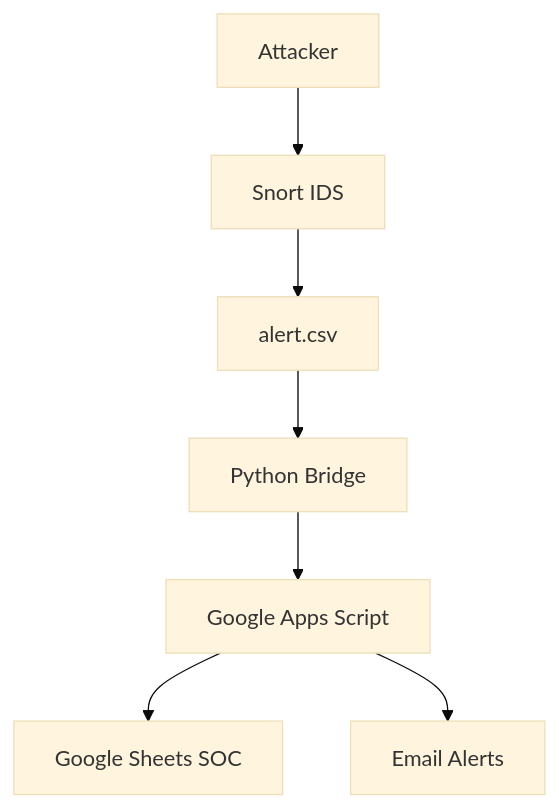
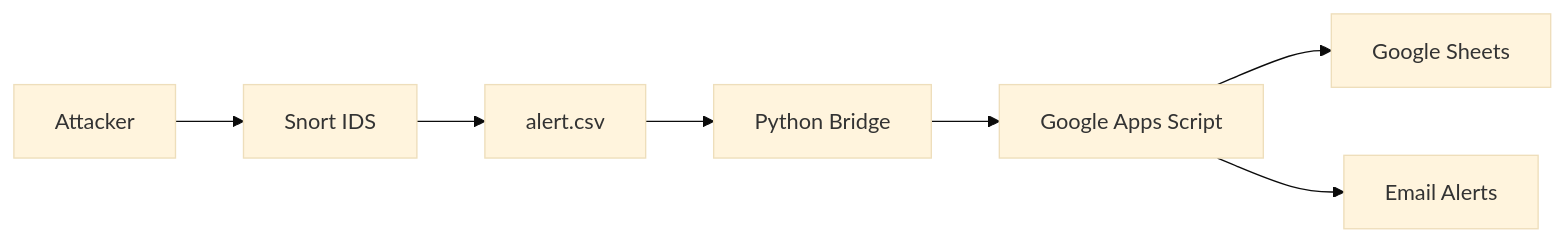
The diagram in README.md (geeksahilthakur/snortpub), drawn with Mermaid (base theme) before and after one commit. The commit also changed other lines of this file, not shown here.

````diff
--- a/README.md
+++ b/README.md
@@ -126,9 +121,9 @@
 ```mermaid
-graph TD
+graph LR
     A[Attacker] --> B[Snort IDS]
     B --> C[alert.csv]
     C --> D[Python Bridge]
     D --> E[Google Apps Script]
-    E --> F[Google Sheets SOC]
+    E --> F[Google Sheets]
     E --> G[Email Alerts]
 ```
````
